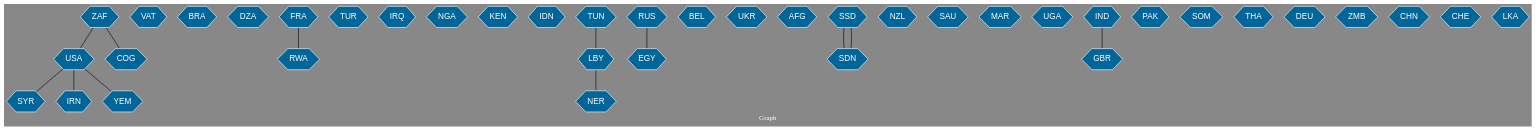
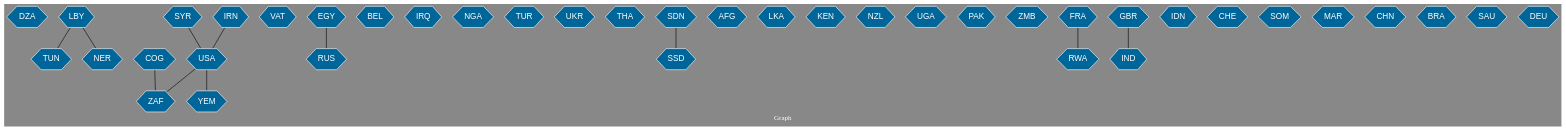
The diagram in images/en_ZWE_chroni_int/countries_together_in_item_2014-02-01 00-00-00_2014-03-01 00-00-00.gv (michal3141/geomedia), drawn with Graphviz before and after one commit. The commit also changed 1286 other files, not shown here.

Commit message:
Fixing the way graphs are created

```diff
--- a/images/en_ZWE_chroni_int/countries_together_in_item_2014-02-01 00-00-00_2014-03-01 00-00-00.gv
+++ b/images/en_ZWE_chroni_int/countries_together_in_item_2014-02-01 00-00-00_2014-03-01 00-00-00.gv
@@ -1,58 +1,57 @@
 // Countries together in item graph
 graph {
 	graph [bgcolor="#888888" fontcolor=white fontsize=12 label="Graph" outputorder=edgesfirst overlap=prism]
 	node [color=white fillcolor="#006699" fontcolor=white fontname=Helvetica shape=hexagon style=filled]
 	edge [arrowhead=open color=black fontcolor=white fontname=Courier fontsize=12]
-		SYR [label=SYR]
+		DZA [label=DZA]
+		LBY [label=LBY]
+		USA [label=USA]
 		VAT [label=VAT]
-		USA [label=USA]
-		BRA [label=BRA]
-		DZA [label=DZA]
-		IRN [label=IRN]
-		FRA [label=FRA]
-		RWA [label=RWA]
-		TUR [label=TUR]
-		IRQ [label=IRQ]
-		NGA [label=NGA]
-		KEN [label=KEN]
-		IDN [label=IDN]
-		LBY [label=LBY]
 		RUS [label=RUS]
 		EGY [label=EGY]
 		BEL [label=BEL]
+		TUN [label=TUN]
+		IRQ [label=IRQ]
+		SYR [label=SYR]
+		ZAF [label=ZAF]
+		NGA [label=NGA]
+		TUR [label=TUR]
 		UKR [label=UKR]
-		AFG [label=AFG]
+		THA [label=THA]
 		SSD [label=SSD]
 		SDN [label=SDN]
-		ZAF [label=ZAF]
+		YEM [label=YEM]
+		AFG [label=AFG]
+		LKA [label=LKA]
+		IRN [label=IRN]
+		KEN [label=KEN]
 		NZL [label=NZL]
+		UGA [label=UGA]
+		PAK [label=PAK]
+		ZMB [label=ZMB]
+		RWA [label=RWA]
+		FRA [label=FRA]
+		NER [label=NER]
+		COG [label=COG]
+		IND [label=IND]
+		IDN [label=IDN]
+		CHE [label=CHE]
+		SOM [label=SOM]
+		MAR [label=MAR]
+		CHN [label=CHN]
+		BRA [label=BRA]
 		SAU [label=SAU]
-		MAR [label=MAR]
-		UGA [label=UGA]
-		IND [label=IND]
 		GBR [label=GBR]
-		TUN [label=TUN]
-		YEM [label=YEM]
-		PAK [label=PAK]
-		NER [label=NER]
-		SOM [label=SOM]
-		THA [label=THA]
 		DEU [label=DEU]
-		ZMB [label=ZMB]
-		COG [label=COG]
-		CHN [label=CHN]
-		CHE [label=CHE]
-		LKA [label=LKA]
 			USA -- YEM [weight=1]
-			ZAF -- COG [weight=1]
+			SYR -- USA [weight=1]
+			USA -- ZAF [weight=1]
+			GBR -- IND [weight=1]
+			LBY -- TUN [weight=1]
+			IRN -- USA [weight=1]
+			FRA -- RWA [weight=1]
+			COG -- ZAF [weight=1]
+			EGY -- RUS [weight=1]
 			LBY -- NER [weight=1]
-			FRA -- RWA [weight=1]
-			SSD -- SDN [weight=2]
-			TUN -- LBY [weight=1]
-			USA -- IRN [weight=1]
-			RUS -- EGY [weight=1]
-			ZAF -- USA [weight=1]
-			USA -- SYR [weight=1]
-			SDN -- SSD [weight=1]
-			IND -- GBR [weight=1]
+			SDN -- SSD [weight=3]
 }
```
